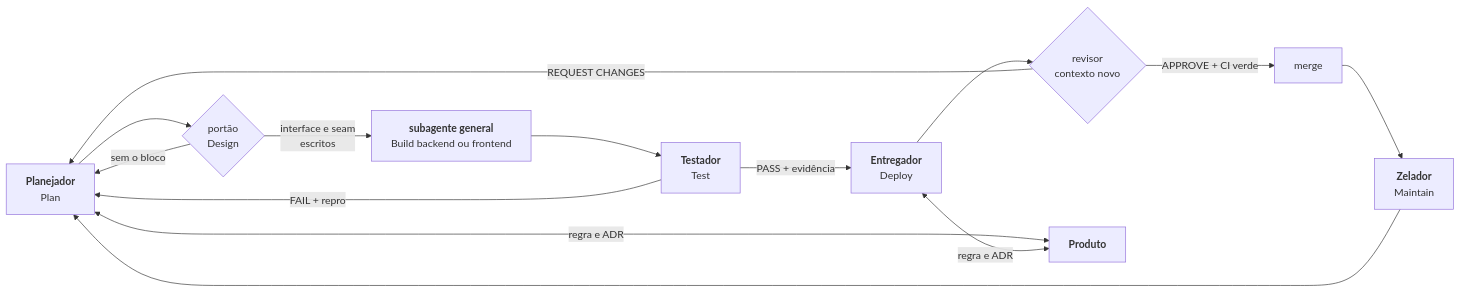
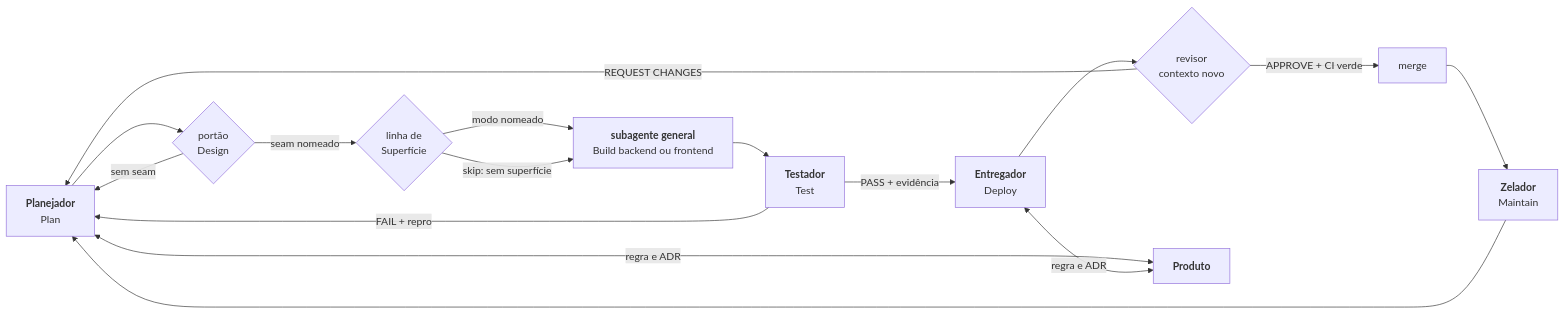
Before and after one commit to danilomartinelli/pstack-team: the diagram in PLANO.md, drawn with Mermaid. The commit also changed other lines of this file and 12 other files, not shown here.

First line of the commit message:
docs: superfície é linha do plano e quatro fontes originais

````diff
--- a/PLANO.md
+++ b/PLANO.md
@@ -54,16 +53,18 @@
 ```mermaid
 flowchart LR
     P["<b>Planejador</b><br/>Plan"] --> D{"portão<br/>Design"}
-    D -->|"interface e seam<br/>escritos"| B["<b>subagente general</b><br/>Build backend ou frontend"]
-    D -->|"sem o bloco"| P
+    D -->|"seam nomeado"| S{"linha de<br/>Superfície"}
+    D -->|"sem seam"| P
+    S -->|"modo nomeado"| B["<b>subagente general</b><br/>Build backend ou frontend"]
+    S -->|"skip: sem superfície"| B
     B --> T["<b>Testador</b><br/>Test"]
     T -->|"FAIL + repro"| P
     T -->|"PASS + evidência"| E["<b>Entregador</b><br/>Deploy"]
     E --> R{"revisor<br/>contexto novo"}
     R -->|"REQUEST CHANGES"| P
     R -->|"APPROVE + CI verde"| M["merge"]
     M --> Z["<b>Zelador</b><br/>Maintain"]
     Z --> P
     P <-->|"regra e ADR"| PR["<b>Produto</b>"]
     E <-->|"regra e ADR"| PR
 ```
````
